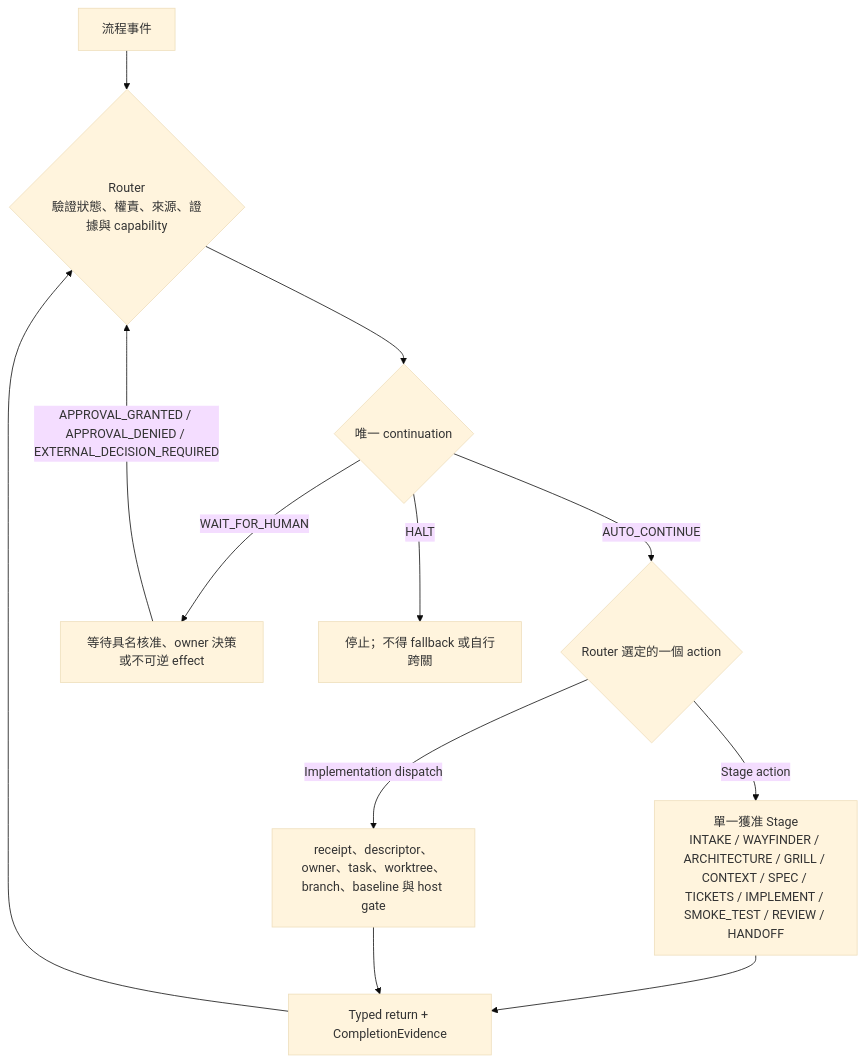
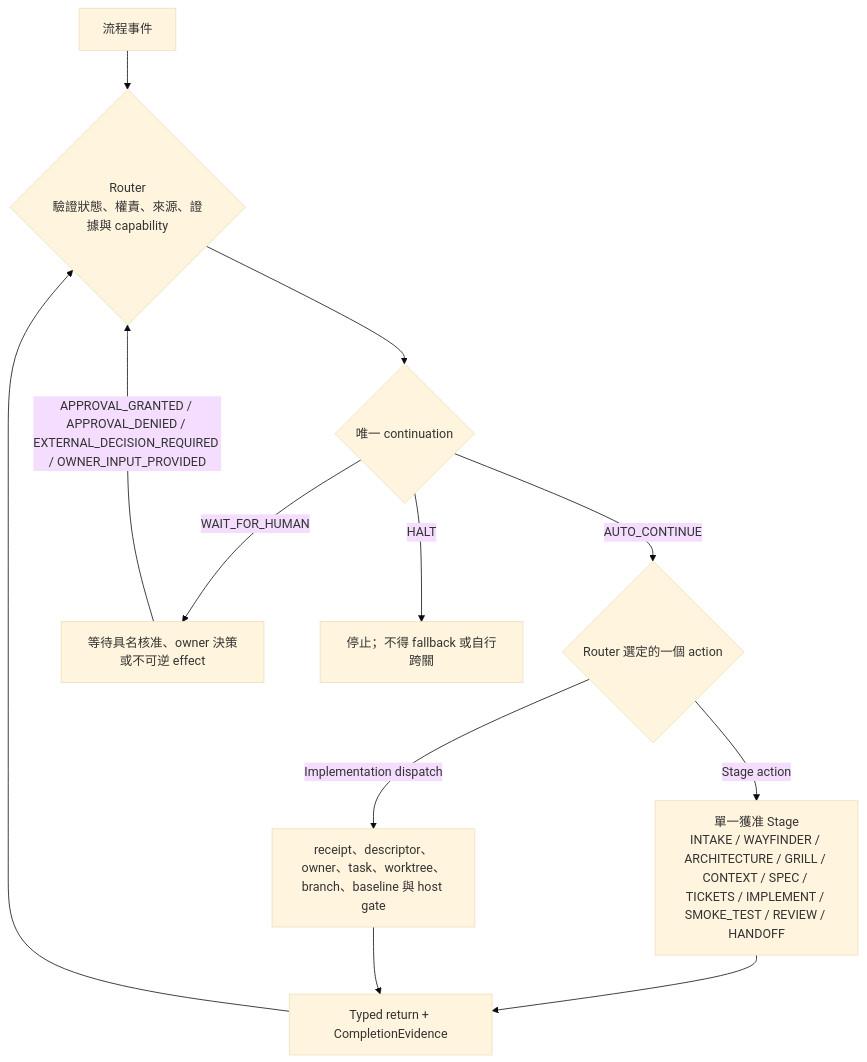
One commit to johnnyliu365-sys/Johnny_AI_Skill changed the diagram in Workflow.md. Above: the diagram before and after it, drawn with Mermaid (base theme). The commit also changed other lines of this file and 9 other files, not shown here.

````diff
--- a/Workflow.md
+++ b/Workflow.md
@@ -13,16 +13,16 @@
 ```mermaid
 flowchart TD
     E["流程事件"] --> R{"Router<br/>驗證狀態、權責、來源、證據與 capability"}
     R --> C{"唯一 continuation"}
     C -->|"AUTO_CONTINUE"| A{"Router 選定的一個 action"}
     C -->|"WAIT_FOR_HUMAN"| W["等待具名核准、owner 決策或不可逆 effect"]
     C -->|"HALT"| H["停止；不得 fallback 或自行跨關"]
 
     A -->|"Stage action"| S["單一獲准 Stage<br/>INTAKE / WAYFINDER / ARCHITECTURE / GRILL / CONTEXT / SPEC / TICKETS / IMPLEMENT / SMOKE_TEST / REVIEW / HANDOFF"]
     A -->|"Implementation dispatch"| D["receipt、descriptor、owner、task、worktree、branch、baseline 與 host gate"]
 
     S --> T["Typed return + CompletionEvidence"]
     D --> T
     T --> R
-    W -->|"APPROVAL_GRANTED / APPROVAL_DENIED / EXTERNAL_DECISION_REQUIRED"| R
+    W -->|"APPROVAL_GRANTED / APPROVAL_DENIED / EXTERNAL_DECISION_REQUIRED / OWNER_INPUT_PROVIDED"| R
 ```
````
